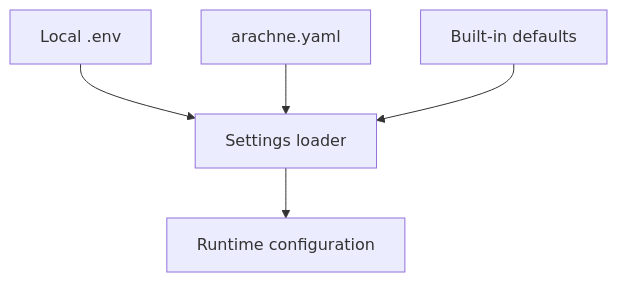
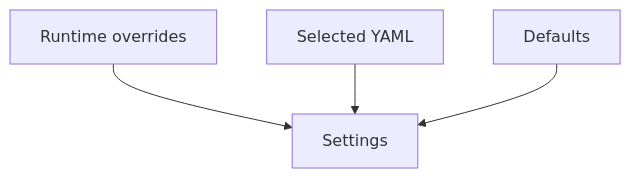
One commit to Strategic-Automation/arachne changed the second of 4 diagrams in docs/tutorials/getting-started.md. Above: the diagram before and after it, drawn with Mermaid. The commit also changed other lines of this file and 2 other files, not shown here.

Commit message:
docs: simplify Mermaid diagrams for GitHub rendering

````diff
--- a/docs/tutorials/getting-started.md
+++ b/docs/tutorials/getting-started.md
@@ -53,7 +58,10 @@
 ```mermaid
-flowchart TD
-    Env[Local .env] --> Settings[Settings loader]
-    Project[arachne.yaml] --> Settings
-    Defaults[Built-in defaults] --> Settings
-    Settings --> Run[Runtime configuration]
+graph TD
+    A[Runtime overrides]
+    B[Selected YAML]
+    C[Defaults]
+    D[Settings]
+    A --> D
+    B --> D
+    C --> D
 ```
````
